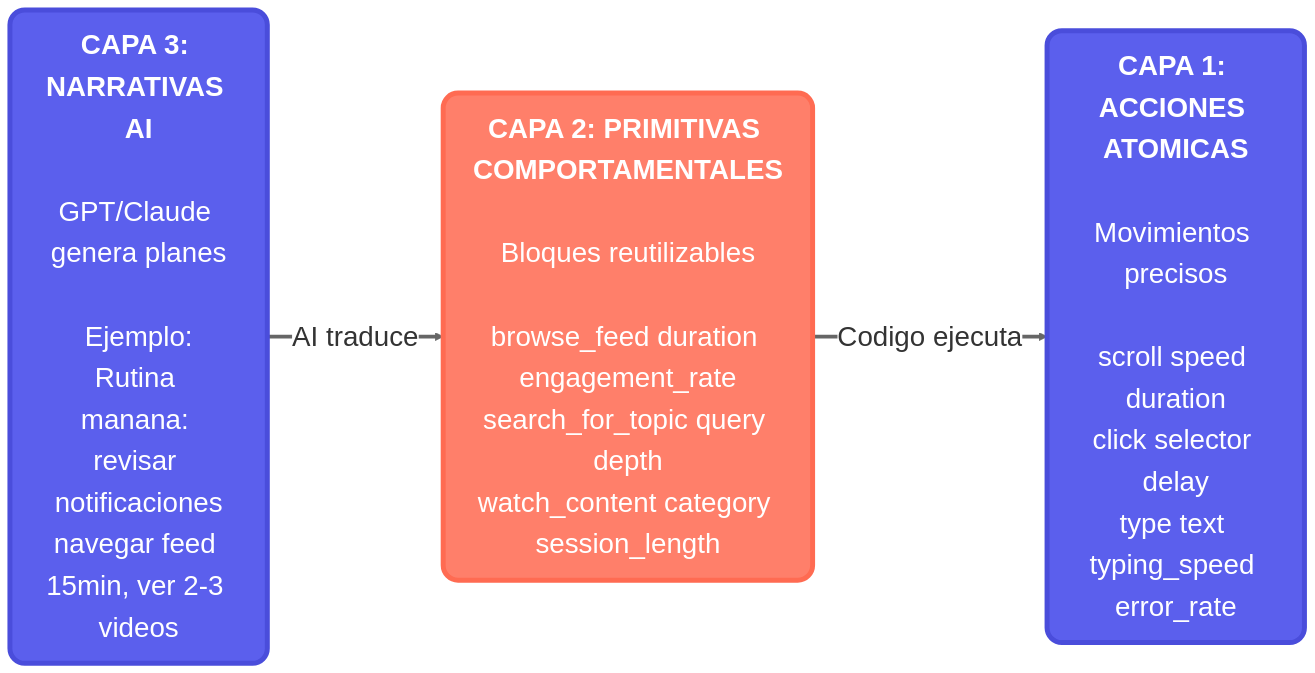
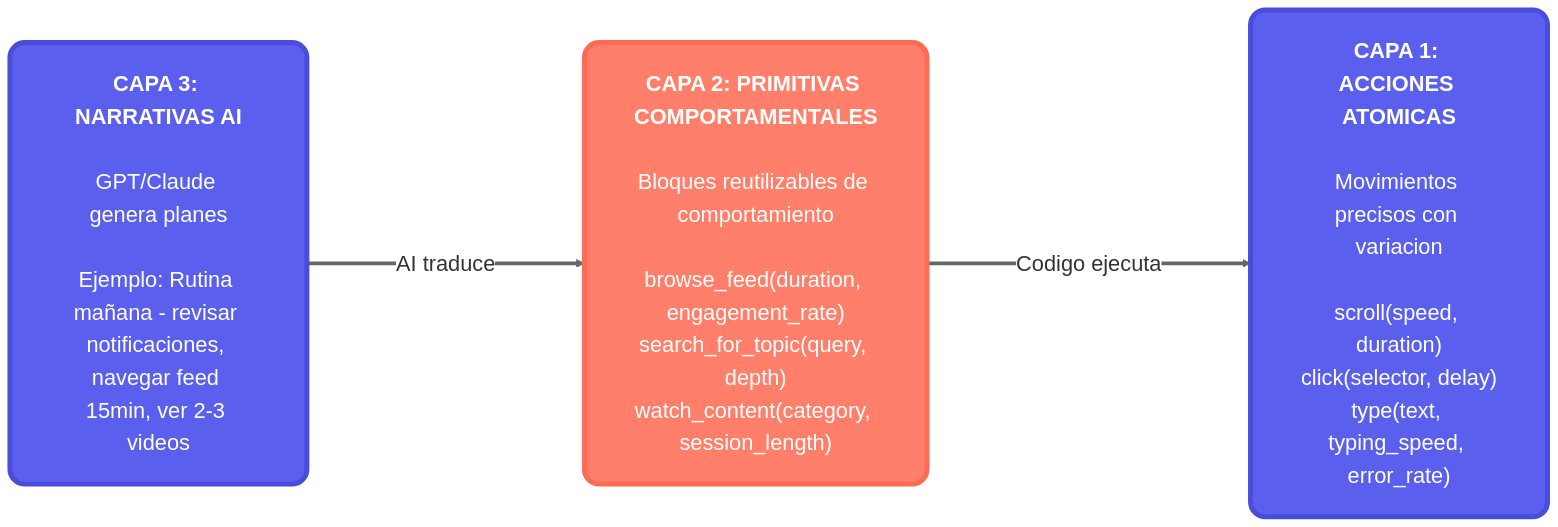
The diagram in docs/presentation/visuals/01_intelligence_cycle.mmd (SeenkaMedia/persona), drawn with Mermaid before and after one commit. The commit also changed 3 other files, not shown here.

```diff
--- a/docs/presentation/visuals/01_intelligence_cycle.mmd
+++ b/docs/presentation/visuals/01_intelligence_cycle.mmd
@@ -1,18 +1,18 @@
-%%{init: {'theme':'base', 'themeVariables': { 'fontSize':'28px', 'fontFamily':'Lato, sans-serif', 'lineColor':'#666666', 'edgeLabelBackground':'#ffffff'}}}%%
+%%{init: {'theme':'base', 'themeVariables': { 'fontSize':'22px', 'fontFamily':'Lato, sans-serif', 'lineColor':'#666666', 'edgeLabelBackground':'#ffffff'}, 'flowchart': {'nodeSpacing': 80, 'rankSpacing': 180, 'padding': 25}}}%%
 
 graph LR
-    A["<b>CAPA 3: NARRATIVAS AI</b><br/><br/>GPT/Claude genera planes<br/><br/>Ejemplo:<br/>Rutina manana: revisar notificaciones<br/>navegar feed 15min, ver 2-3 videos"]
+    A["<b>CAPA 3: NARRATIVAS AI</b><br/><br/>GPT/Claude genera planes<br/><br/>Ejemplo: Rutina mañana - revisar notificaciones, navegar feed 15min, ver 2-3 videos"]
 
-    B["<b>CAPA 2: PRIMITIVAS COMPORTAMENTALES</b><br/><br/>Bloques reutilizables<br/><br/>browse_feed duration engagement_rate<br/>search_for_topic query depth<br/>watch_content category session_length"]
+    B["<b>CAPA 2: PRIMITIVAS COMPORTAMENTALES</b><br/><br/>Bloques reutilizables de comportamiento<br/><br/>browse_feed(duration, engagement_rate)<br/>search_for_topic(query, depth)<br/>watch_content(category, session_length)"]
 
-    C["<b>CAPA 1: ACCIONES ATOMICAS</b><br/><br/>Movimientos precisos<br/><br/>scroll speed duration<br/>click selector delay<br/>type text typing_speed error_rate"]
+    C["<b>CAPA 1: ACCIONES ATOMICAS</b><br/><br/>Movimientos precisos con variacion<br/><br/>scroll(speed, duration)<br/>click(selector, delay)<br/>type(text, typing_speed, error_rate)"]
 
     A ==>|"AI traduce"| B
     B ==>|"Codigo ejecuta"| C
 
     linkStyle 0 stroke:#666666,stroke-width:4px
     linkStyle 1 stroke:#666666,stroke-width:4px
 
-    style A fill:#5B5FED,stroke:#4A4DDB,stroke-width:5px,color:#fff,rx:15,ry:15
-    style B fill:#FF7F6A,stroke:#FF6B52,stroke-width:5px,color:#fff,rx:15,ry:15
-    style C fill:#5B5FED,stroke:#4A4DDB,stroke-width:5px,color:#fff,rx:15,ry:15
+    style A fill:#5B5FED,stroke:#4A4DDB,stroke-width:5px,color:#fff,rx:15,ry:15,min-width:400px
+    style B fill:#FF7F6A,stroke:#FF6B52,stroke-width:5px,color:#fff,rx:15,ry:15,min-width:450px
+    style C fill:#5B5FED,stroke:#4A4DDB,stroke-width:5px,color:#fff,rx:15,ry:15,min-width:400px
```
